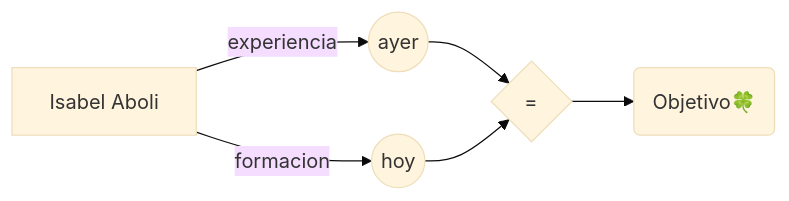
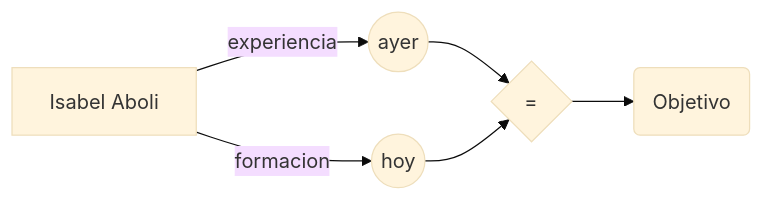
Before and after one commit to IsabelAboliMartinez/IsabelAboliMartinez: the diagram in README.md, drawn with Mermaid (base theme). The commit also changed other lines of this file, not shown here.

Commit message:
Update README.md
Ajustes

````diff
--- a/README.md
+++ b/README.md
@@ -22,8 +23,8 @@
 ```mermaid
 graph LR
 A[Isabel Aboli] -- experiencia --> B((ayer))
 A[Isabel Aboli] -- formacion --> C((hoy))
 B --> D{=}
 C --> D
-D --> E(Objetivo<font style="vertical-align: inherit;"><font style="vertical-align: inherit;">🍀</font></font>)
+D --> E(Objetivo)
 ```
````
